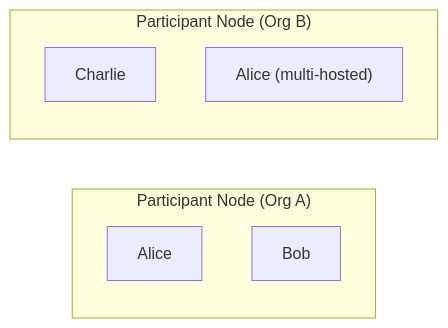
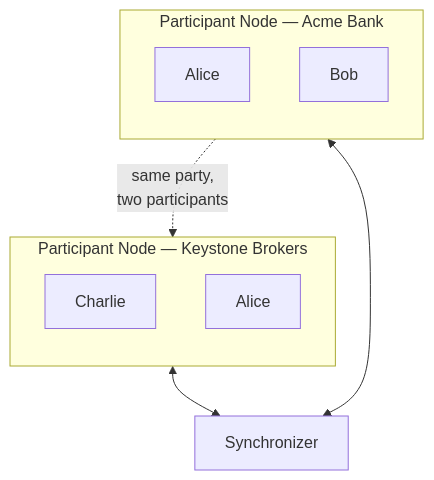
One commit to crisog/daml changed the first of 2 diagrams in docs/content/docs/canton-network/concepts.mdx. Above: the diagram before and after it, drawn with Mermaid. The commit also changed other lines of this file and 1 other file, not shown here.

Commit message:
docs: clarify roles of parties and participants in Canton network

````diff
--- a/docs/content/docs/canton-network/concepts.mdx
+++ b/docs/content/docs/canton-network/concepts.mdx
@@ -15,12 +17,19 @@
 ```mermaid
-flowchart LR
-    subgraph p1 ["Participant Node (Org A)"]
+flowchart TB
+    subgraph p1 ["Participant Node — Acme Bank"]
+        direction TB
         A["Alice"]
         B["Bob"]
     end
 
-    subgraph p2 ["Participant Node (Org B)"]
+    subgraph p2 ["Participant Node — Keystone Brokers"]
+        direction TB
         C["Charlie"]
-        A2["Alice (multi-hosted)"]
+        A2["Alice"]
     end
+
+    A -. "same party,\ntwo participants" .-> A2
+
+    p1 <--> sync["Synchronizer"]
+    p2 <--> sync
 ```
````
